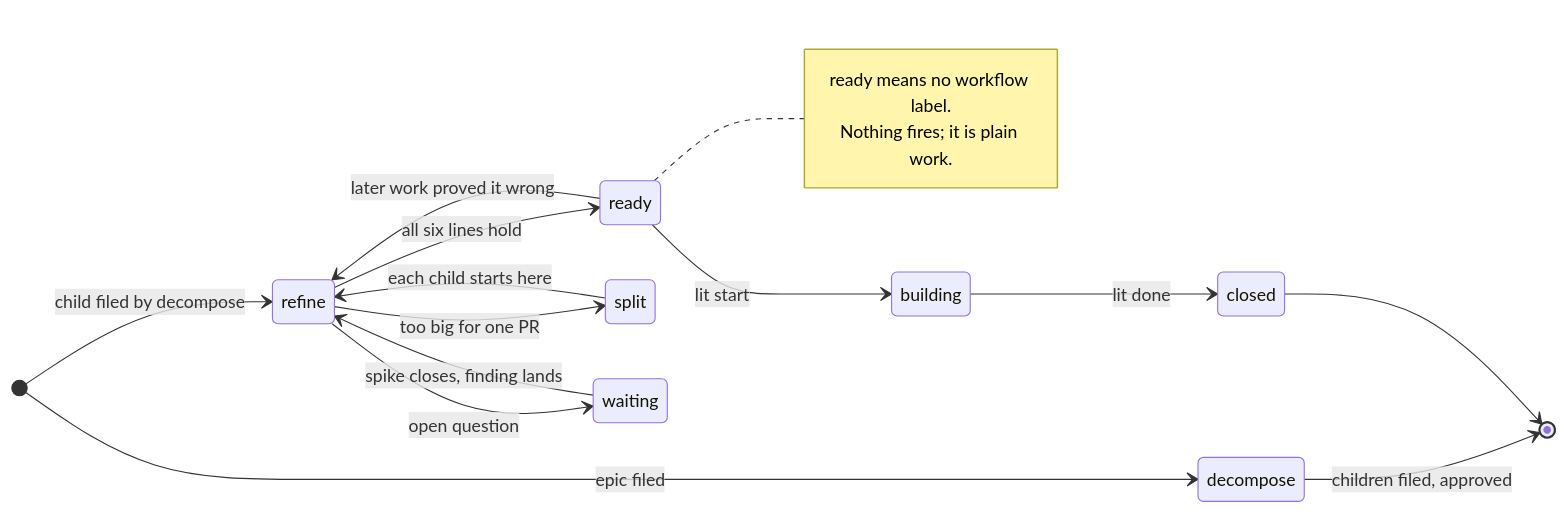
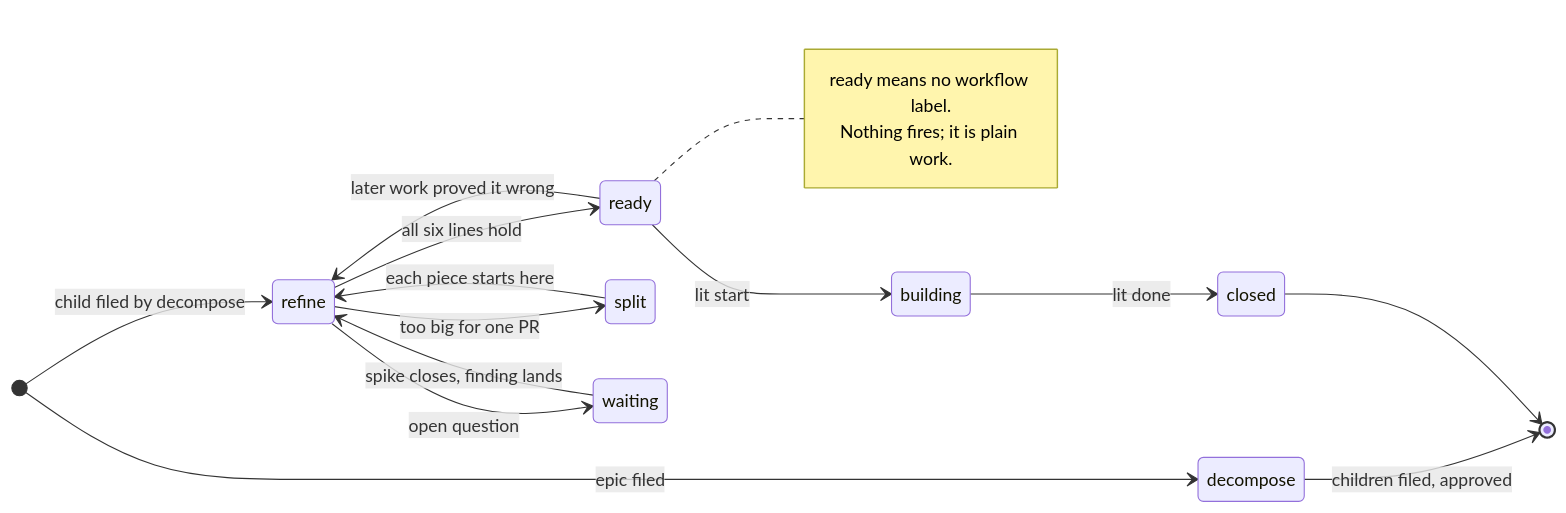
Before and after one commit to promptctl/orange-drink: the second of 2 diagrams in docs/planning-workflow.md, drawn with Mermaid. The commit also changed other lines of this file and 3 other files, not shown here.

````diff
--- a/docs/planning-workflow.md
+++ b/docs/planning-workflow.md
@@ -64,22 +64,22 @@
 ```mermaid
 stateDiagram-v2
     direction LR
     [*] --> decompose: epic filed
     decompose --> [*]: children filed, approved
 
     [*] --> refine: child filed by decompose
     refine --> ready: all six lines hold
     refine --> split: too big for one PR
-    split --> refine: each child starts here
+    split --> refine: each piece starts here
     refine --> waiting: open question
     waiting --> refine: spike closes, finding lands
     ready --> building: lit start
     building --> closed: lit done
     ready --> refine: later work proved it wrong
     closed --> [*]
 
     note right of ready
         ready means no workflow label.
         Nothing fires; it is plain work.
     end note
 ```
````
